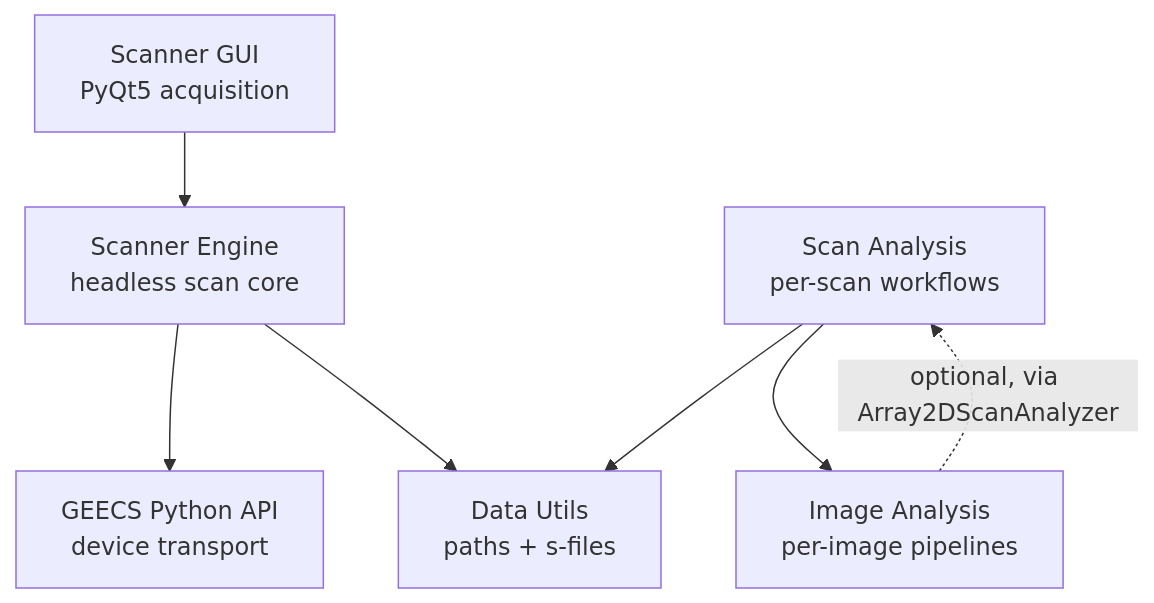
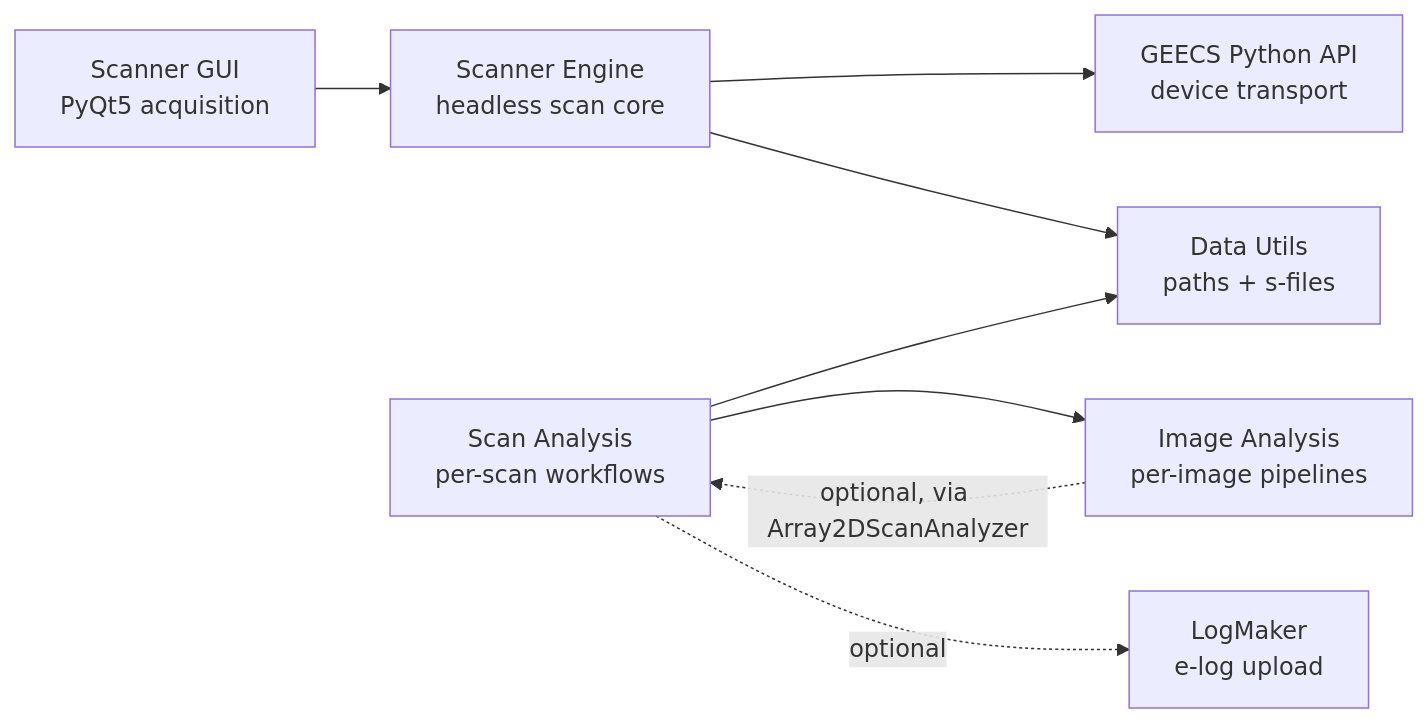
Before and after one commit to GEECS-BELLA/GEECS-Plugins: the diagram in docs/index.md, drawn with Mermaid. The commit also changed other lines of this file and 8 other files, not shown here.

````diff
--- a/docs/index.md
+++ b/docs/index.md
@@ -38,16 +71,18 @@
 ```mermaid
-flowchart TD
+flowchart LR
     GUI[Scanner GUI<br/>PyQt5 acquisition]
     Engine[Scanner Engine<br/>headless scan core]
     SA[Scan Analysis<br/>per-scan workflows]
     IA[Image Analysis<br/>per-image pipelines]
     DU[Data Utils<br/>paths + s-files]
     API[GEECS Python API<br/>device transport]
+    GDoc[LogMaker<br/>e-log upload]
 
     GUI --> Engine
     Engine --> API
     Engine --> DU
     SA --> IA
     SA --> DU
+    SA -.->|optional| GDoc
     IA -.->|optional, via Array2DScanAnalyzer| SA
 ```
````
